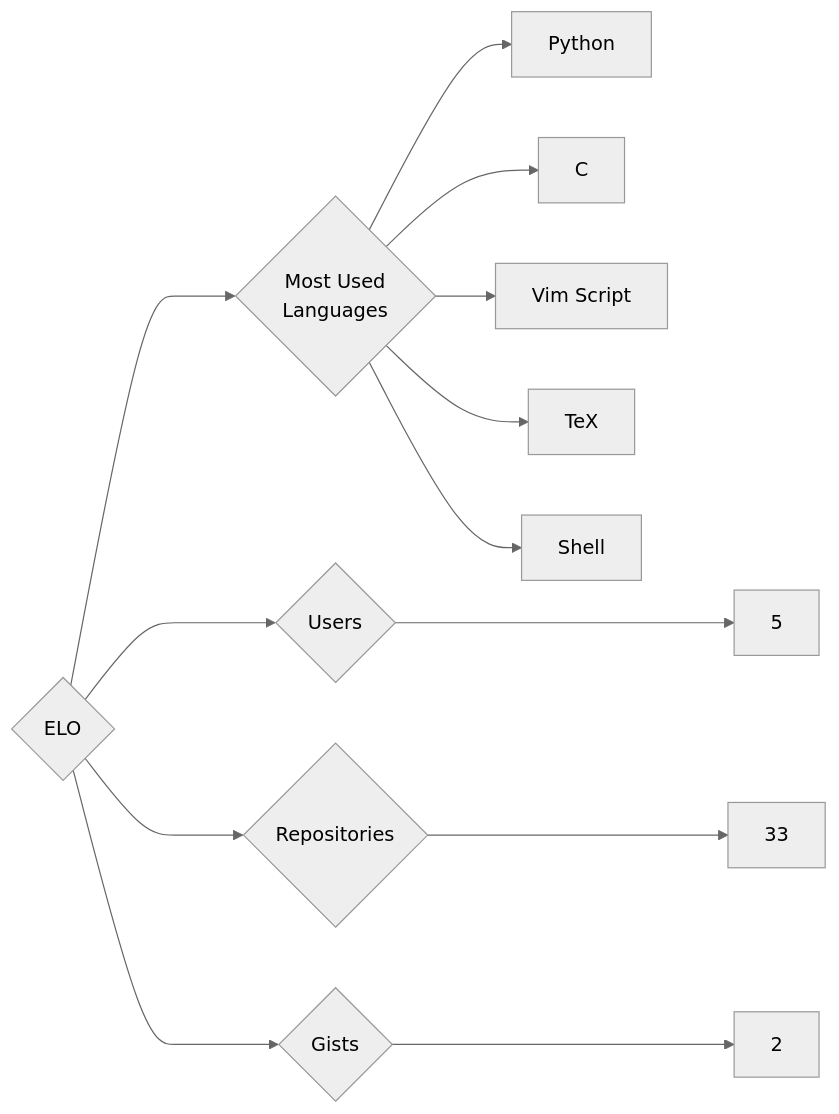
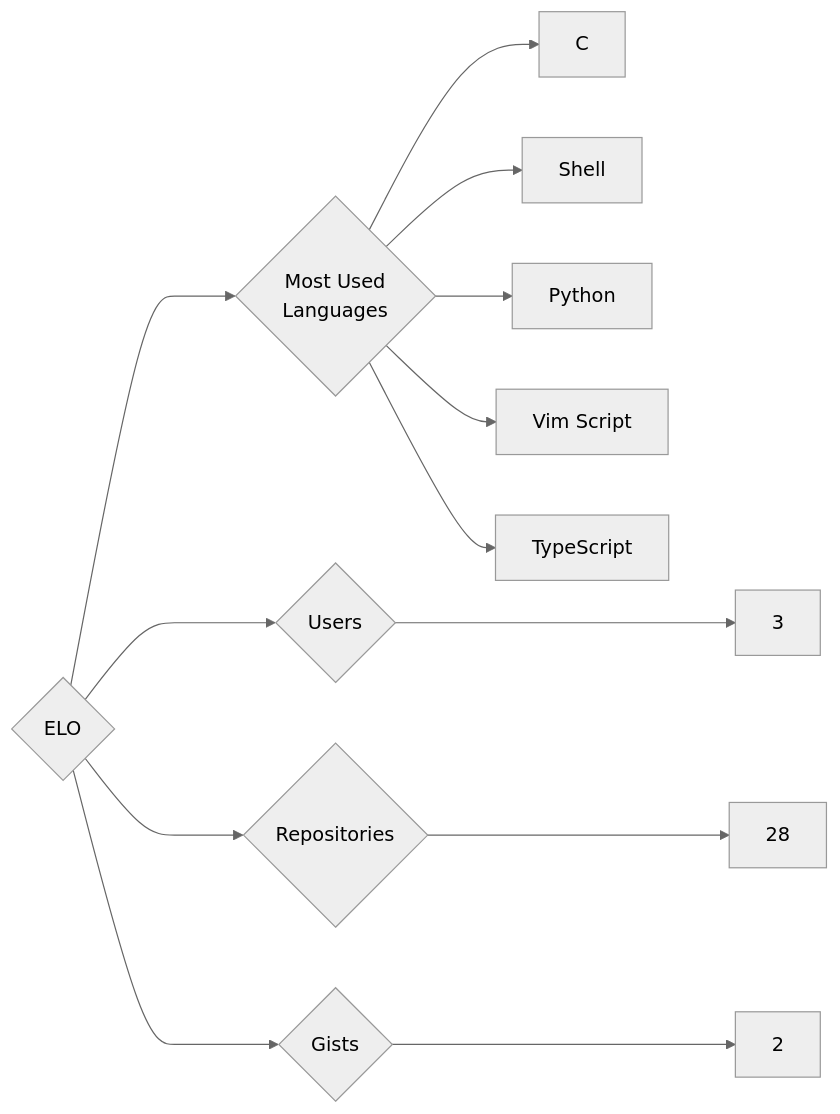
The diagram in targets/ELO/README.md (trickest/insiders), drawn with Mermaid (neutral theme) before and after one commit. The commit also changed 865 other files, not shown here.

````diff
--- a/targets/ELO/README.md
+++ b/targets/ELO/README.md
@@ -3,13 +3,13 @@
 ```mermaid
 graph LR
 COMPANY_NAME{ELO}
-COMPANY_NAME ---> U{Users} ---> UN[5]
-COMPANY_NAME ---> R{Repositories} ---> RN[33]
+COMPANY_NAME ---> U{Users} ---> UN[3]
+COMPANY_NAME ---> R{Repositories} ---> RN[28]
 COMPANY_NAME ---> G{Gists} ---> GN[2]
 COMPANY_NAME ---> ML{Most Used<br>Languages}
+ML --> C[C]
+ML --> Shell[Shell]
 ML --> Python[Python]
-ML --> C[C]
 ML --> Vim_Script[Vim Script]
-ML --> TeX[TeX]
-ML --> Shell[Shell]
+ML --> TypeScript[TypeScript]
 ```
````
